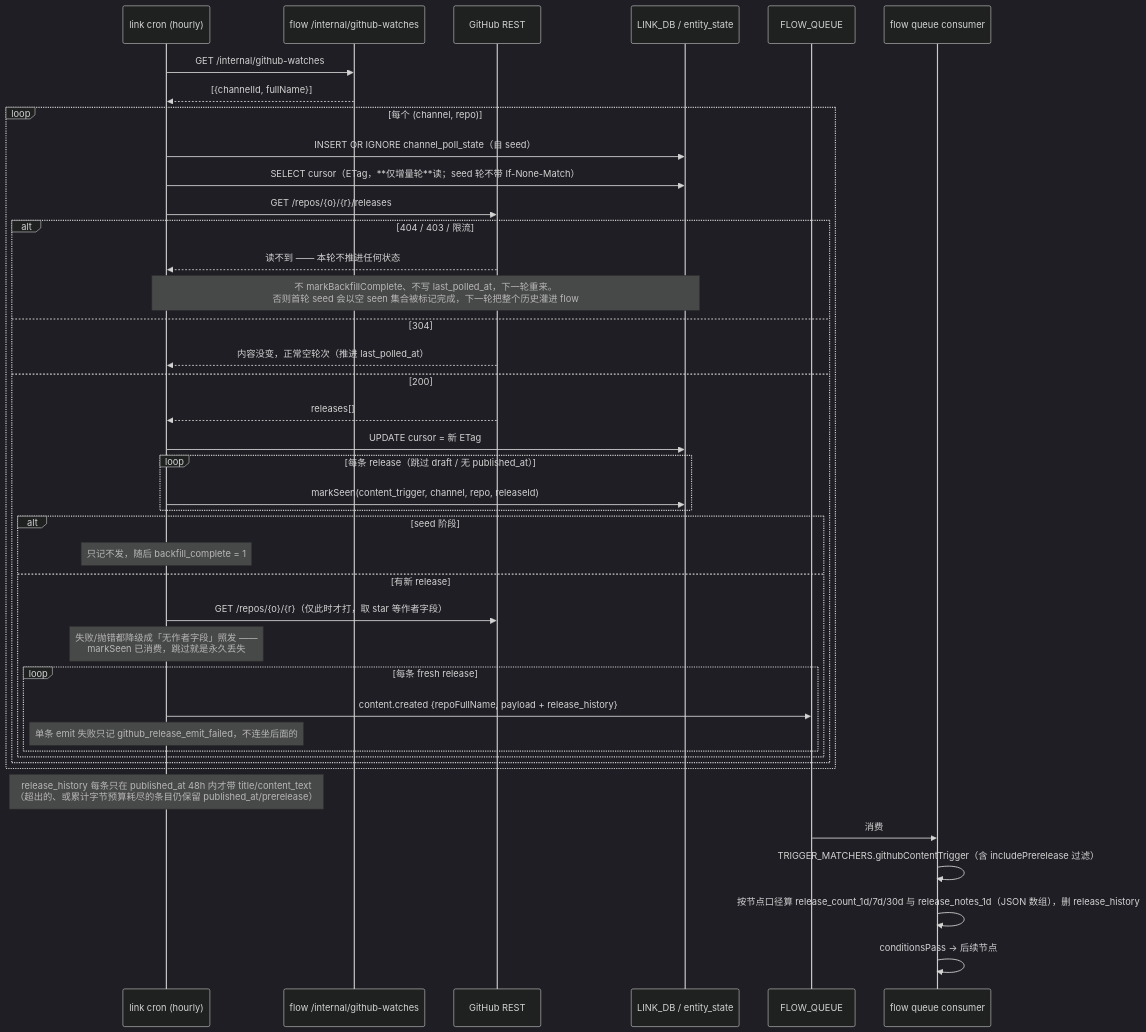
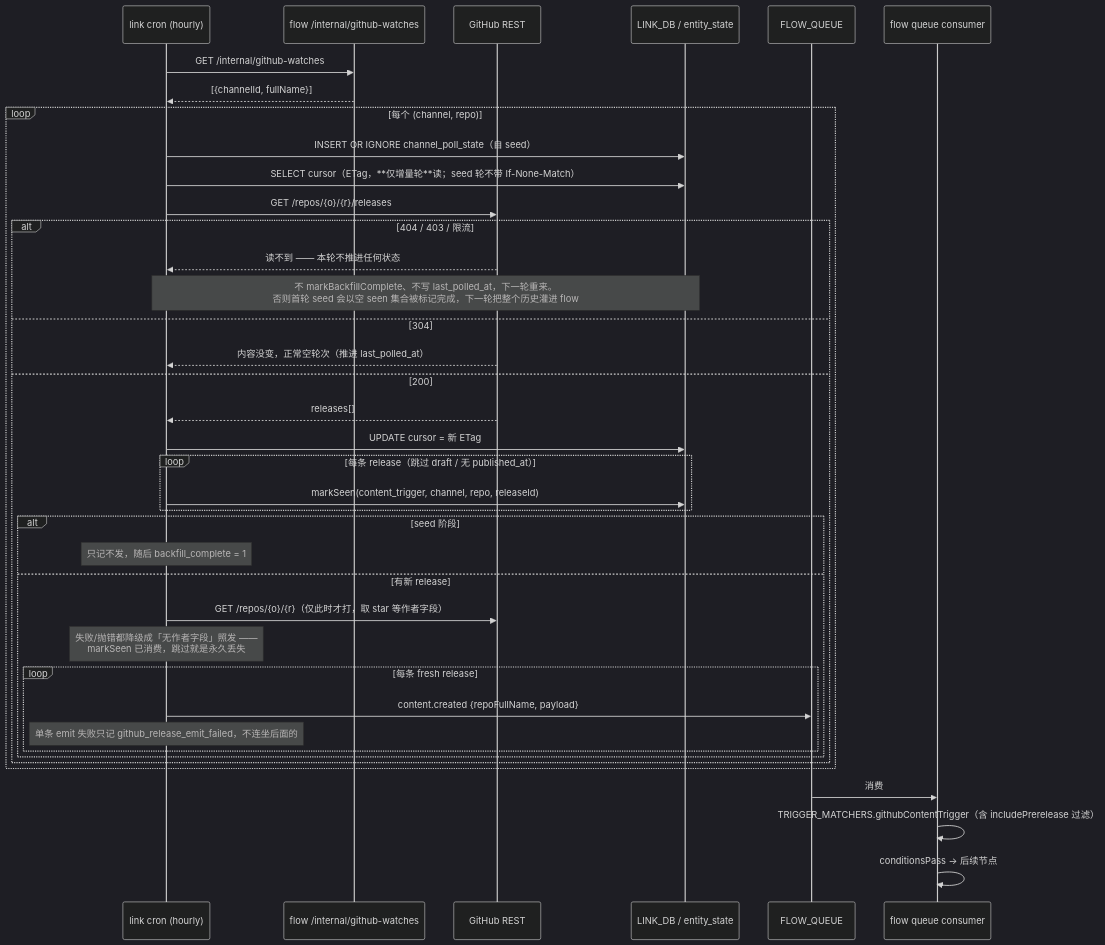
The diagram in link/src/services/pollers/sequence.md (zcqqq/uniscrm-web), drawn with Mermaid (dark theme) before and after one commit. The commit also changed other lines of this file and 14 other files, not shown here.

````diff
--- a/link/src/services/pollers/sequence.md
+++ b/link/src/services/pollers/sequence.md
@@ -3,44 +3,42 @@
 ```mermaid
 sequenceDiagram
     participant Cron as link cron (hourly)
     participant Flow as flow /internal/github-watches
     participant GH as GitHub REST
     participant D1 as LINK_DB / entity_state
     participant Q as FLOW_QUEUE
     participant FW as flow queue consumer
 
     Cron->>Flow: GET /internal/github-watches
     Flow-->>Cron: [{channelId, fullName}]
     loop 每个 (channel, repo)
         Cron->>D1: INSERT OR IGNORE channel_poll_state（自 seed）
         Cron->>D1: SELECT cursor（ETag，**仅增量轮**读；seed 轮不带 If-None-Match）
         Cron->>GH: GET /repos/{o}/{r}/releases
         alt 404 / 403 / 限流
             GH-->>Cron: 读不到 —— 本轮不推进任何状态
             Note over Cron,D1: 不 markBackfillComplete、不写 last_polled_at，下一轮重来。<br/>否则首轮 seed 会以空 seen 集合被标记完成，下一轮把整个历史灌进 flow
         else 304
             GH-->>Cron: 内容没变，正常空轮次（推进 last_polled_at）
         else 200
             GH-->>Cron: releases[]
             Cron->>D1: UPDATE cursor = 新 ETag
             loop 每条 release（跳过 draft / 无 published_at）
                 Cron->>D1: markSeen(content_trigger, channel, repo, releaseId)
             end
             alt seed 阶段
                 Note over Cron: 只记不发，随后 backfill_complete = 1
             else 有新 release
                 Cron->>GH: GET /repos/{o}/{r}（仅此时才打，取 star 等作者字段）
                 Note over Cron: 失败/抛错都降级成「无作者字段」照发 ——<br/>markSeen 已消费，跳过就是永久丢失
                 loop 每条 fresh release
-                    Cron->>Q: content.created {repoFullName, payload + release_history}
+                    Cron->>Q: content.created {repoFullName, payload}
                     Note over Cron: 单条 emit 失败只记 github_release_emit_failed，不连坐后面的
                 end
             end
         end
     end
-    Note over Cron: release_history 每条只在 published_at 48h 内才带 title/content_text<br/>（超出的、或累计字节预算耗尽的条目仍保留 published_at/prerelease）
     Q->>FW: 消费
     FW->>FW: TRIGGER_MATCHERS.githubContentTrigger（含 includePrerelease 过滤）
-    FW->>FW: 按节点口径算 release_count_1d/7d/30d 与 release_notes_1d（JSON 数组），删 release_history
     FW->>FW: conditionsPass → 后续节点
 ```
````
